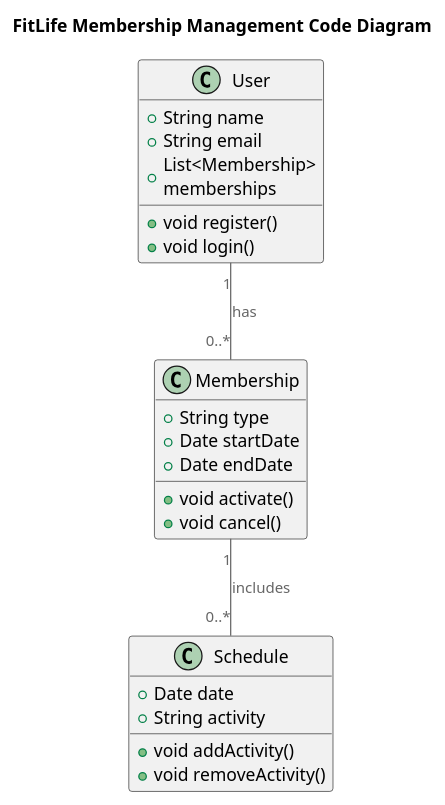
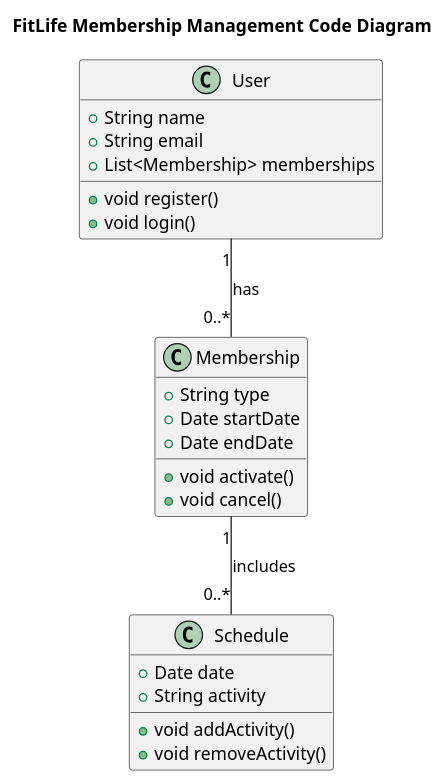
One commit to Anatoliy-1989/TestRepository changed the diagram in diagrams/code/Code.puml. Above: the diagram before and after it, drawn with PlantUML. The commit also changed 4 other files, not shown here.

Commit message:
left only code diagram

```diff
--- a/diagrams/code/Code.puml
+++ b/diagrams/code/Code.puml
@@ -1,34 +1,32 @@
 @startuml
 title FitLife Membership Management Code Diagram
 
 top to bottom direction
-
-!includeurl https://raw.githubusercontent.com/RicardoNiepel/C4-PlantUML/master/C4_Component.puml
 
 class User {
   +String name
   +String email
   +List<Membership> memberships
   +void register()
   +void login()
 }
 
 class Membership {
   +String type
   +Date startDate
   +Date endDate
   +void activate()
   +void cancel()
 }
 
 class Schedule {
   +Date date
   +String activity
   +void addActivity()
   +void removeActivity()
 }
 
 User "1" -- "0..*" Membership : has
 Membership "1" -- "0..*" Schedule : includes
 
 @enduml
```
